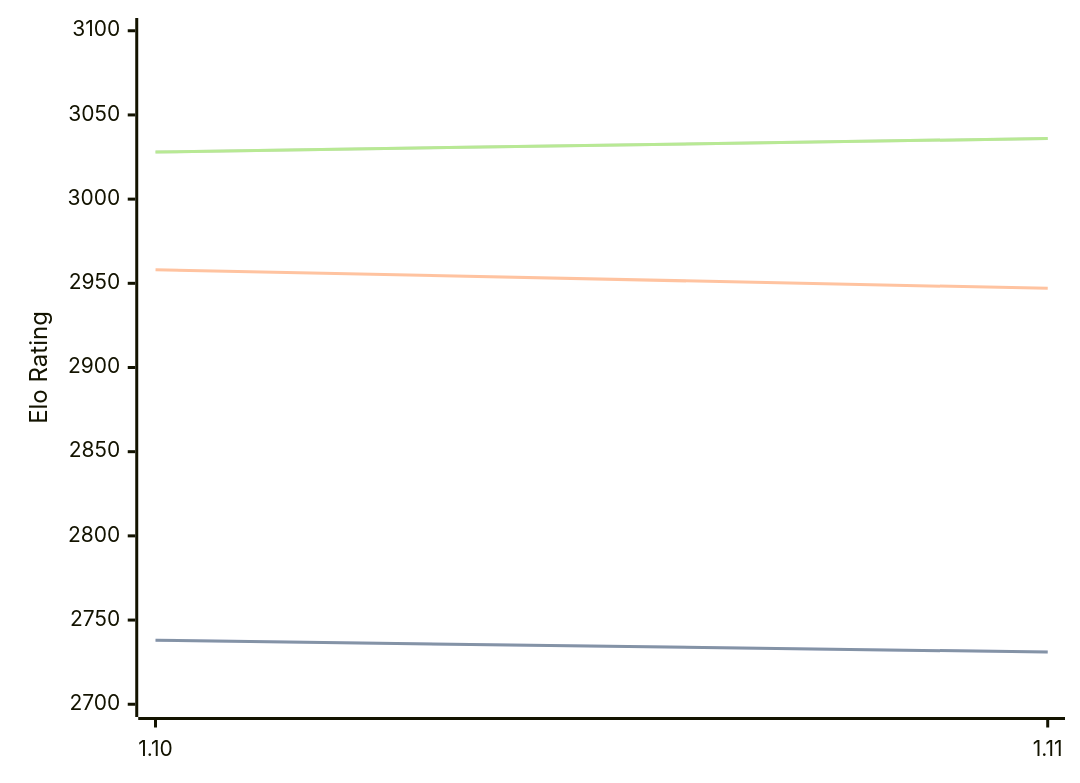
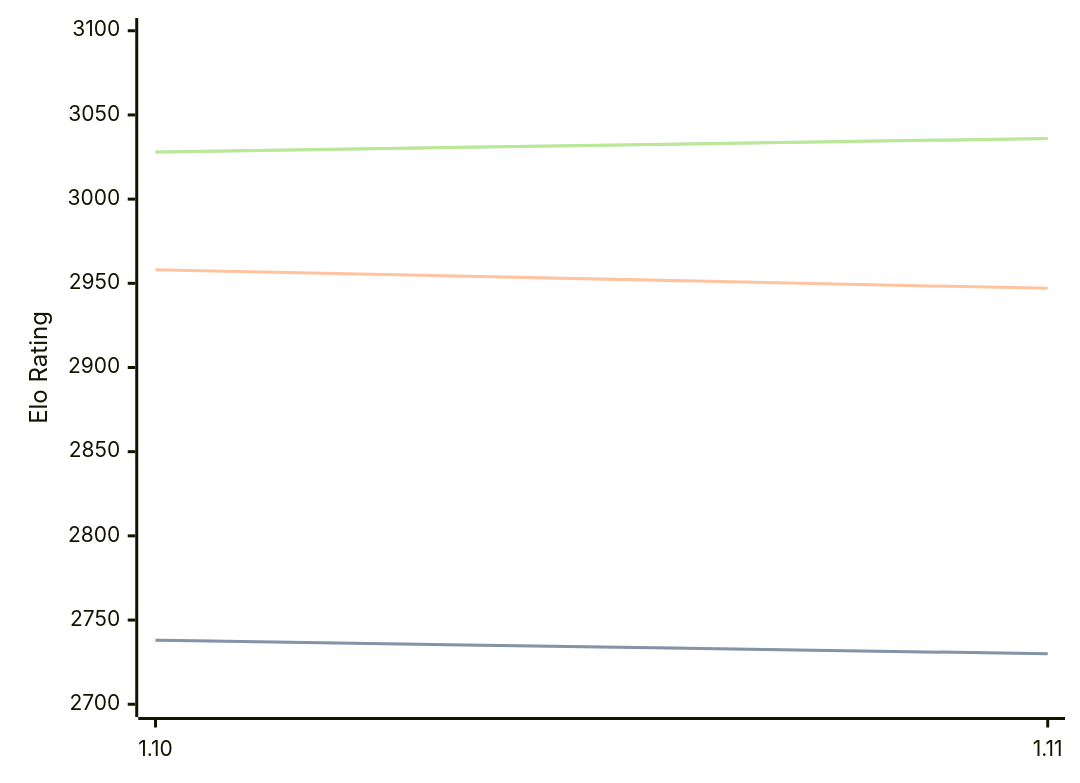
The diagram in engines/Roc.md (computer-chess-index/cci), drawn with Mermaid before and after one commit. The commit also changed other lines of this file, not shown here.

````diff
--- a/engines/Roc.md
+++ b/engines/Roc.md
@@ -42,11 +42,11 @@
 ```mermaid
 %%{init: {"theme":"base","themeVariables":{"seriesColors:['#a3a3a3','#222221','#faa371']}}}%%
 xychart-beta
   x-axis ["1.10", "1.11"]
   y-axis "Elo Rating" 2700 --> 3100
-  line "" [2738, 2731]
-  line "STC (8.0+0.08s)" [2738, 2731]
+  line "" [2738, 2730]
+  line "STC (8.0+0.08s)" [2738, 2730]
   line "LTC (60.0+0.60s)" [2958, 2947]
   line "" [3028, 3036]
   line "VLTC (2m24s+1.12s)" [3028, 3036]
 ```
````
